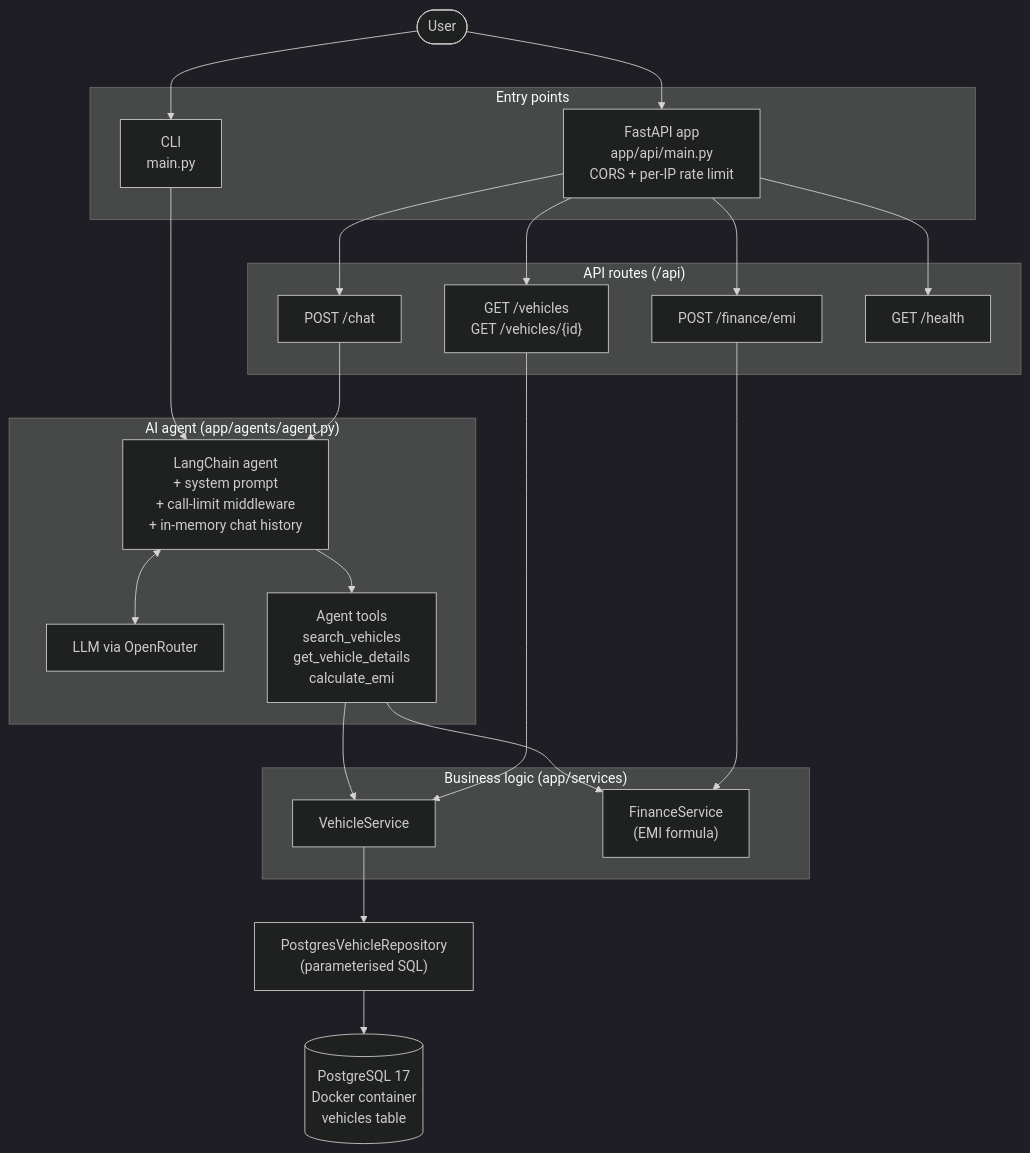
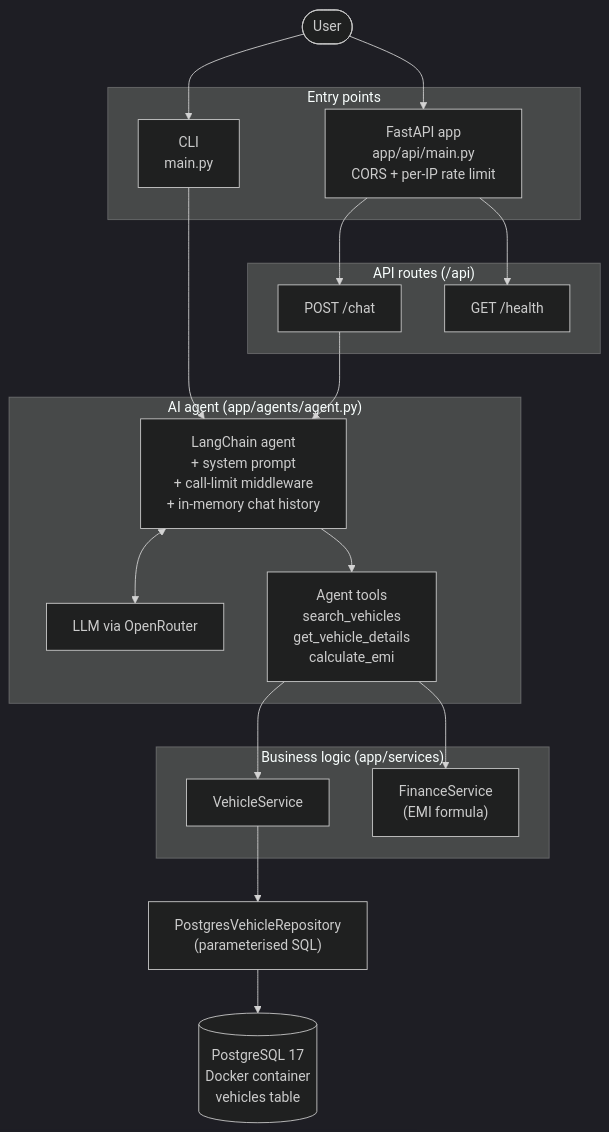
Before and after one commit to JeffreyGian-code/Agentic-Vehicle-Sales-Assistant-: the first of 2 diagrams in docs/architecture.md, drawn with Mermaid (dark theme). The commit also changed other lines of this file and 9 other files, not shown here.

````diff
--- a/docs/architecture.md
+++ b/docs/architecture.md
@@ -23,46 +23,42 @@
 ```mermaid
 flowchart TD
     User([User])
 
     subgraph Entry["Entry points"]
         CLI["CLI<br/>main.py"]
         API["FastAPI app<br/>app/api/main.py<br/>CORS + per-IP rate limit"]
     end
 
     subgraph Routes["API routes (/api)"]
         Chat["POST /chat"]
-        Veh["GET /vehicles<br/>GET /vehicles/{id}"]
-        Fin["POST /finance/emi"]
         Health["GET /health"]
     end
 
     subgraph AgentLayer["AI agent (app/agents/agent.py)"]
         Agent["LangChain agent<br/>+ system prompt<br/>+ call-limit middleware<br/>+ in-memory chat history"]
         LLM["LLM via OpenRouter"]
         Tools["Agent tools<br/>search_vehicles<br/>get_vehicle_details<br/>calculate_emi"]
     end
 
     subgraph Services["Business logic (app/services)"]
         VS["VehicleService"]
         FS["FinanceService<br/>(EMI formula)"]
     end
 
     Repo["PostgresVehicleRepository<br/>(parameterised SQL)"]
     DB[("PostgreSQL 17<br/>Docker container<br/>vehicles table")]
 
     User --> CLI
     User --> API
-    API --> Chat & Veh & Fin & Health
+    API --> Chat & Health
 
     CLI --> Agent
     Chat --> Agent
     Agent <--> LLM
     Agent --> Tools
 
     Tools --> VS
     Tools --> FS
-    Veh --> VS
-    Fin --> FS
 
     VS --> Repo --> DB
 ```
````
